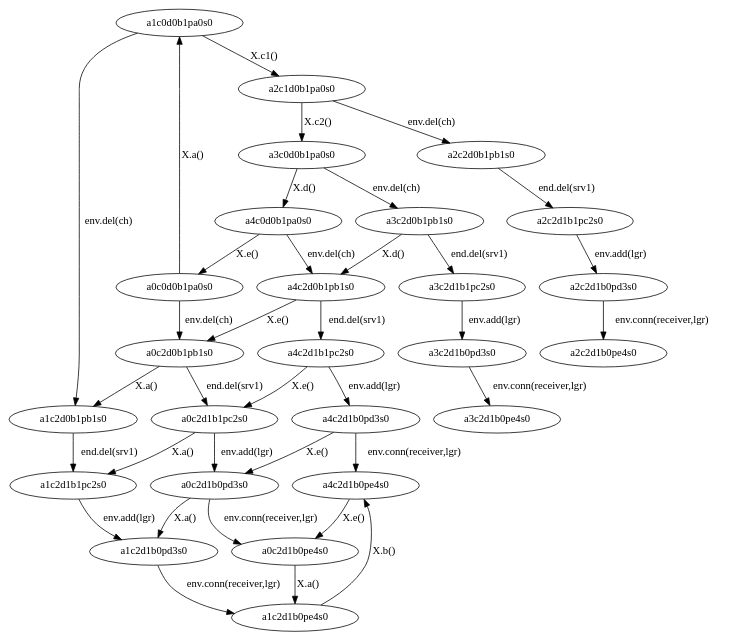
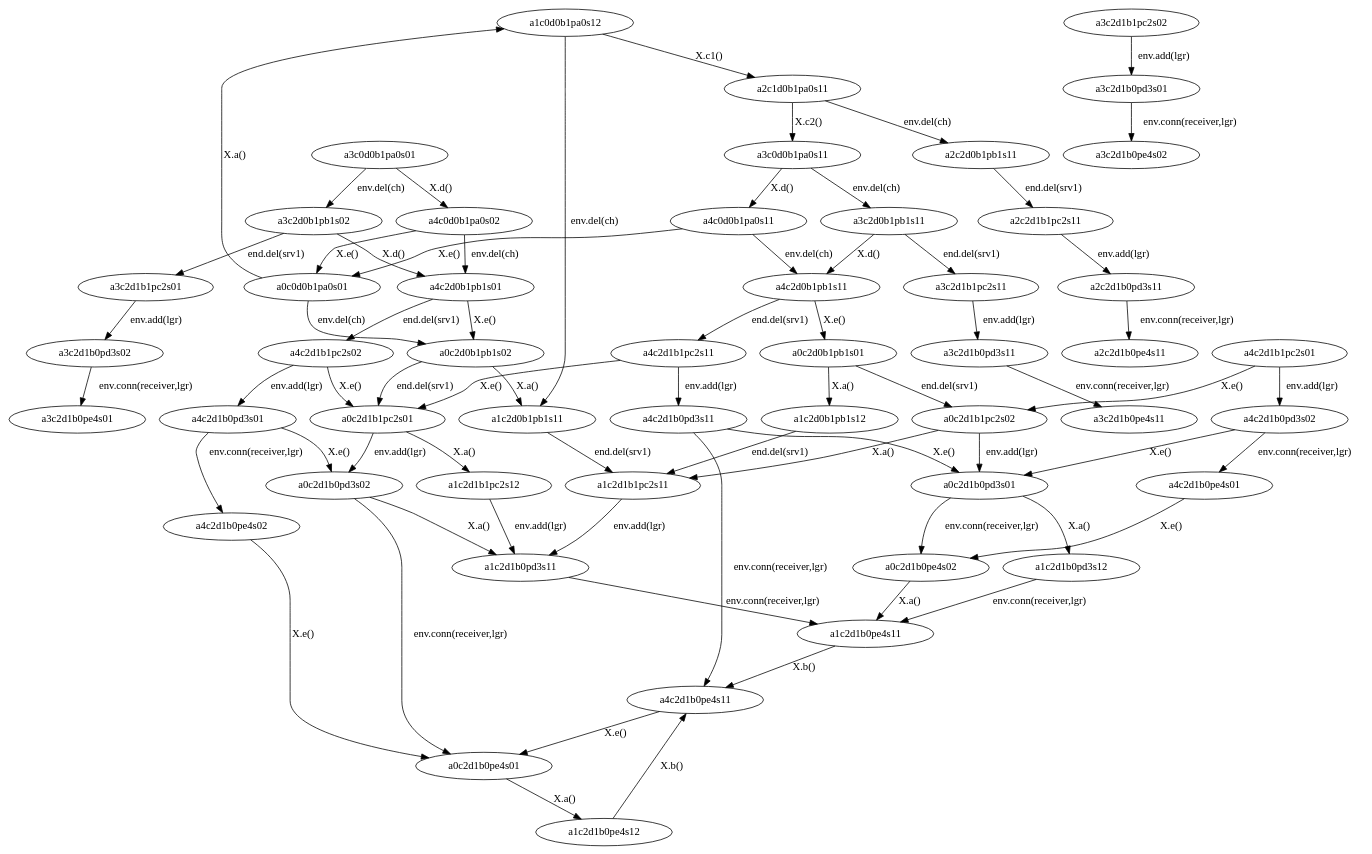
Before and after one commit to nargeskh/ControllerSynthesis: the diagram in IO/outputWODES/adaptor.dot, drawn with Graphviz. The commit also changed 122 other files, not shown here.

```diff
--- a/IO/outputWODES/adaptor.dot
+++ b/IO/outputWODES/adaptor.dot
@@ -1,63 +1,113 @@
 digraph { 
-a4c2d1b0pe4s0[pos="100,0!"];
-a1c2d1b0pe4s0[pos="100,100!"];
-a1c2d0b1pb1s0[pos="100,200!"];
-a3c2d1b0pd3s0[pos="100,300!"];
-a1c2d1b0pd3s0[pos="100,400!"];
-a3c2d1b1pc2s0[pos="100,500!"];
-a2c2d1b1pc2s0[pos="100,600!"];
-a1c2d1b1pc2s0[pos="100,700!"];
-a0c2d1b1pc2s0[pos="100,800!"];
-a1c0d0b1pa0s0[pos="100,900!"];
-a4c2d0b1pb1s0[pos="100,1000!"];
-a2c2d1b0pd3s0[pos="100,1100!"];
-a3c2d0b1pb1s0[pos="100,1200!"];
-a2c2d0b1pb1s0[pos="100,1300!"];
-a0c2d1b0pd3s0[pos="100,1400!"];
-a2c1d0b1pa0s0[pos="100,1500!"];
-a3c0d0b1pa0s0[pos="100,1600!"];
-a0c2d0b1pb1s0[pos="100,1700!"];
-a4c0d0b1pa0s0[pos="100,1800!"];
-a4c2d1b0pd3s0[pos="100,1900!"];
-a3c2d1b0pe4s0[pos="100,2000!"];
-a4c2d1b1pc2s0[pos="100,2100!"];
-a2c2d1b0pe4s0[pos="100,2200!"];
-a0c0d0b1pa0s0[pos="100,2300!"];
-a0c2d1b0pe4s0[pos="100,2400!"];
-a0c2d1b0pd3s0->a0c2d1b0pe4s0[label= "env.conn(receiver,lgr)"];
-a3c0d0b1pa0s0->a4c0d0b1pa0s0[label= "X.d()"];
-a0c0d0b1pa0s0->a1c0d0b1pa0s0[label= "X.a()"];
-a2c1d0b1pa0s0->a3c0d0b1pa0s0[label= "X.c2()"];
-a0c2d0b1pb1s0->a1c2d0b1pb1s0[label= "X.a()"];
-a4c2d1b0pd3s0->a4c2d1b0pe4s0[label= "env.conn(receiver,lgr)"];
-a3c2d1b0pd3s0->a3c2d1b0pe4s0[label= "env.conn(receiver,lgr)"];
-a1c0d0b1pa0s0->a2c1d0b1pa0s0[label= "X.c1()"];
-a3c2d0b1pb1s0->a4c2d0b1pb1s0[label= "X.d()"];
-a1c2d0b1pb1s0->a1c2d1b1pc2s0[label= "end.del(srv1)"];
-a4c0d0b1pa0s0->a4c2d0b1pb1s0[label= "env.del(ch)"];
-a0c2d1b0pe4s0->a1c2d1b0pe4s0[label= "X.a()"];
-a1c2d1b0pe4s0->a4c2d1b0pe4s0[label= "X.b()"];
-a4c2d1b0pd3s0->a0c2d1b0pd3s0[label= "X.e()"];
-a2c2d1b1pc2s0->a2c2d1b0pd3s0[label= "env.add(lgr)"];
-a1c2d1b1pc2s0->a1c2d1b0pd3s0[label= "env.add(lgr)"];
-a3c2d1b1pc2s0->a3c2d1b0pd3s0[label= "env.add(lgr)"];
-a0c2d1b0pd3s0->a1c2d1b0pd3s0[label= "X.a()"];
-a0c2d1b1pc2s0->a1c2d1b1pc2s0[label= "X.a()"];
-a3c0d0b1pa0s0->a3c2d0b1pb1s0[label= "env.del(ch)"];
-a4c2d1b1pc2s0->a4c2d1b0pd3s0[label= "env.add(lgr)"];
-a1c2d1b0pd3s0->a1c2d1b0pe4s0[label= "env.conn(receiver,lgr)"];
-a2c1d0b1pa0s0->a2c2d0b1pb1s0[label= "env.del(ch)"];
-a2c2d0b1pb1s0->a2c2d1b1pc2s0[label= "end.del(srv1)"];
-a4c2d0b1pb1s0->a4c2d1b1pc2s0[label= "end.del(srv1)"];
-a4c2d1b0pe4s0->a0c2d1b0pe4s0[label= "X.e()"];
-a4c2d0b1pb1s0->a0c2d0b1pb1s0[label= "X.e()"];
-a0c0d0b1pa0s0->a0c2d0b1pb1s0[label= "env.del(ch)"];
-a2c2d1b0pd3s0->a2c2d1b0pe4s0[label= "env.conn(receiver,lgr)"];
-a1c0d0b1pa0s0->a1c2d0b1pb1s0[label= "env.del(ch)"];
-a3c2d0b1pb1s0->a3c2d1b1pc2s0[label= "end.del(srv1)"];
-a4c0d0b1pa0s0->a0c0d0b1pa0s0[label= "X.e()"];
-a0c2d1b1pc2s0->a0c2d1b0pd3s0[label= "env.add(lgr)"];
-a4c2d1b1pc2s0->a0c2d1b1pc2s0[label= "X.e()"];
-a0c2d0b1pb1s0->a0c2d1b1pc2s0[label= "end.del(srv1)"];
+a3c2d1b0pd3s02[pos="100,0!"];
+a0c2d0b1pb1s02[pos="100,100!"];
+a0c2d0b1pb1s01[pos="100,200!"];
+a3c0d0b1pa0s01[pos="100,300!"];
+a3c2d1b0pd3s01[pos="100,400!"];
+a1c2d1b0pe4s12[pos="100,500!"];
+a1c2d1b0pe4s11[pos="100,600!"];
+a0c2d1b1pc2s02[pos="100,700!"];
+a0c2d1b1pc2s01[pos="100,800!"];
+a0c2d1b0pe4s02[pos="100,900!"];
+a0c2d1b0pe4s01[pos="100,1000!"];
+a3c2d0b1pb1s02[pos="100,1100!"];
+a4c2d1b0pe4s11[pos="100,1200!"];
+a0c0d0b1pa0s01[pos="100,1300!"];
+a4c2d1b1pc2s01[pos="100,1400!"];
+a4c2d1b1pc2s02[pos="100,1500!"];
+a4c2d1b1pc2s11[pos="100,1600!"];
+a2c1d0b1pa0s11[pos="100,1700!"];
+a4c2d1b0pd3s01[pos="100,1800!"];
+a4c2d1b0pd3s02[pos="100,1900!"];
+a3c2d1b0pe4s02[pos="100,2000!"];
+a4c2d1b0pd3s11[pos="100,2100!"];
+a3c2d1b0pe4s01[pos="100,2200!"];
+a1c2d0b1pb1s11[pos="100,2300!"];
+a1c2d0b1pb1s12[pos="100,2400!"];
+a4c2d1b0pe4s02[pos="100,2500!"];
+a3c2d1b1pc2s01[pos="100,2600!"];
+a4c2d1b0pe4s01[pos="100,2700!"];
+a3c2d1b1pc2s02[pos="100,2800!"];
+a4c0d0b1pa0s11[pos="100,2900!"];
+a3c2d0b1pb1s11[pos="100,3000!"];
+a1c2d1b0pd3s12[pos="100,3100!"];
+a1c2d1b0pd3s11[pos="100,3200!"];
+a1c2d1b1pc2s11[pos="100,3300!"];
+a4c2d0b1pb1s11[pos="100,3400!"];
+a3c0d0b1pa0s11[pos="100,3500!"];
+a1c2d1b1pc2s12[pos="100,3600!"];
+a4c2d0b1pb1s01[pos="100,3700!"];
+a4c0d0b1pa0s02[pos="100,3800!"];
+a0c2d1b0pd3s01[pos="100,3900!"];
+a1c0d0b1pa0s12[pos="100,4000!"];
+a0c2d1b0pd3s02[pos="100,4100!"];
+a0c2d1b0pe4s02->a1c2d1b0pe4s11[label= "X.a()"];
+a4c2d1b0pe4s01->a0c2d1b0pe4s02[label= "X.e()"];
+a3c2d0b1pb1s02->a3c2d1b1pc2s01[label= "end.del(srv1)"];
+a1c2d1b0pe4s11->a4c2d1b0pe4s11[label= "X.b()"];
+a2c2d1b0pd3s11->a2c2d1b0pe4s11[label= "env.conn(receiver,lgr)"];
+a0c2d1b0pd3s02->a1c2d1b0pd3s11[label= "X.a()"];
+a4c2d1b0pd3s02->a0c2d1b0pd3s01[label= "X.e()"];
+a1c2d0b1pb1s11->a1c2d1b1pc2s11[label= "end.del(srv1)"];
+a3c2d0b1pb1s02->a4c2d0b1pb1s01[label= "X.d()"];
+a4c2d0b1pb1s01->a0c2d0b1pb1s02[label= "X.e()"];
+a0c0d0b1pa0s01->a1c0d0b1pa0s12[label= "X.a()"];
+a2c1d0b1pa0s11->a3c0d0b1pa0s11[label= "X.c2()"];
+a4c2d1b0pd3s01->a4c2d1b0pe4s02[label= "env.conn(receiver,lgr)"];
+a4c2d1b0pd3s01->a0c2d1b0pd3s02[label= "X.e()"];
+a0c2d0b1pb1s01->a1c2d0b1pb1s12[label= "X.a()"];
+a0c2d1b1pc2s01->a0c2d1b0pd3s02[label= "env.add(lgr)"];
+a3c0d0b1pa0s01->a3c2d0b1pb1s02[label= "env.del(ch)"];
+a4c2d1b0pe4s11->a0c2d1b0pe4s01[label= "X.e()"];
+a0c2d1b1pc2s02->a1c2d1b1pc2s11[label= "X.a()"];
+a4c2d1b1pc2s02->a4c2d1b0pd3s01[label= "env.add(lgr)"];
+a3c2d1b0pd3s02->a3c2d1b0pe4s01[label= "env.conn(receiver,lgr)"];
+a4c2d0b1pb1s11->a4c2d1b1pc2s11[label= "end.del(srv1)"];
+a4c2d1b0pd3s02->a4c2d1b0pe4s01[label= "env.conn(receiver,lgr)"];
+a0c2d1b0pd3s01->a1c2d1b0pd3s12[label= "X.a()"];
+a0c2d1b0pd3s02->a0c2d1b0pe4s01[label= "env.conn(receiver,lgr)"];
+a0c2d0b1pb1s02->a1c2d0b1pb1s11[label= "X.a()"];
+a3c2d1b1pc2s01->a3c2d1b0pd3s02[label= "env.add(lgr)"];
+a3c2d0b1pb1s11->a3c2d1b1pc2s11[label= "end.del(srv1)"];
+a3c2d1b0pd3s01->a3c2d1b0pe4s02[label= "env.conn(receiver,lgr)"];
+a4c2d1b1pc2s01->a0c2d1b1pc2s02[label= "X.e()"];
+a4c2d0b1pb1s01->a4c2d1b1pc2s02[label= "end.del(srv1)"];
+a0c2d1b0pe4s01->a1c2d1b0pe4s12[label= "X.a()"];
+a3c2d0b1pb1s11->a4c2d0b1pb1s11[label= "X.d()"];
+a1c2d0b1pb1s12->a1c2d1b1pc2s11[label= "end.del(srv1)"];
+a4c0d0b1pa0s11->a0c0d0b1pa0s01[label= "X.e()"];
+a2c2d0b1pb1s11->a2c2d1b1pc2s11[label= "end.del(srv1)"];
+a4c2d1b1pc2s02->a0c2d1b1pc2s01[label= "X.e()"];
+a4c0d0b1pa0s02->a0c0d0b1pa0s01[label= "X.e()"];
+a2c2d1b1pc2s11->a2c2d1b0pd3s11[label= "env.add(lgr)"];
+a3c2d1b1pc2s02->a3c2d1b0pd3s01[label= "env.add(lgr)"];
+a3c2d1b1pc2s11->a3c2d1b0pd3s11[label= "env.add(lgr)"];
+a0c2d1b1pc2s02->a0c2d1b0pd3s01[label= "env.add(lgr)"];
+a3c0d0b1pa0s11->a4c0d0b1pa0s11[label= "X.d()"];
+a1c2d1b0pd3s12->a1c2d1b0pe4s11[label= "env.conn(receiver,lgr)"];
+a3c2d1b0pd3s11->a3c2d1b0pe4s11[label= "env.conn(receiver,lgr)"];
+a1c2d1b0pd3s11->a1c2d1b0pe4s11[label= "env.conn(receiver,lgr)"];
+a1c0d0b1pa0s12->a2c1d0b1pa0s11[label= "X.c1()"];
+a4c2d0b1pb1s11->a0c2d0b1pb1s01[label= "X.e()"];
+a0c2d1b0pd3s01->a0c2d1b0pe4s02[label= "env.conn(receiver,lgr)"];
+a1c2d1b0pe4s12->a4c2d1b0pe4s11[label= "X.b()"];
+a0c2d1b1pc2s01->a1c2d1b1pc2s12[label= "X.a()"];
+a4c2d1b1pc2s11->a4c2d1b0pd3s11[label= "env.add(lgr)"];
+a0c2d0b1pb1s01->a0c2d1b1pc2s02[label= "end.del(srv1)"];
+a1c2d1b1pc2s12->a1c2d1b0pd3s11[label= "env.add(lgr)"];
+a4c2d1b0pd3s11->a0c2d1b0pd3s01[label= "X.e()"];
+a0c2d0b1pb1s02->a0c2d1b1pc2s01[label= "end.del(srv1)"];
+a4c2d1b0pe4s02->a0c2d1b0pe4s01[label= "X.e()"];
+a4c0d0b1pa0s02->a4c2d0b1pb1s01[label= "env.del(ch)"];
+a4c2d1b1pc2s11->a0c2d1b1pc2s01[label= "X.e()"];
+a4c2d1b1pc2s01->a4c2d1b0pd3s02[label= "env.add(lgr)"];
+a1c2d1b1pc2s11->a1c2d1b0pd3s11[label= "env.add(lgr)"];
+a4c0d0b1pa0s11->a4c2d0b1pb1s11[label= "env.del(ch)"];
+a0c0d0b1pa0s01->a0c2d0b1pb1s02[label= "env.del(ch)"];
+a3c0d0b1pa0s11->a3c2d0b1pb1s11[label= "env.del(ch)"];
+a4c2d1b0pd3s11->a4c2d1b0pe4s11[label= "env.conn(receiver,lgr)"];
+a2c1d0b1pa0s11->a2c2d0b1pb1s11[label= "env.del(ch)"];
+a3c0d0b1pa0s01->a4c0d0b1pa0s02[label= "X.d()"];
+a1c0d0b1pa0s12->a1c2d0b1pb1s11[label= "env.del(ch)"];
 
 }
```
